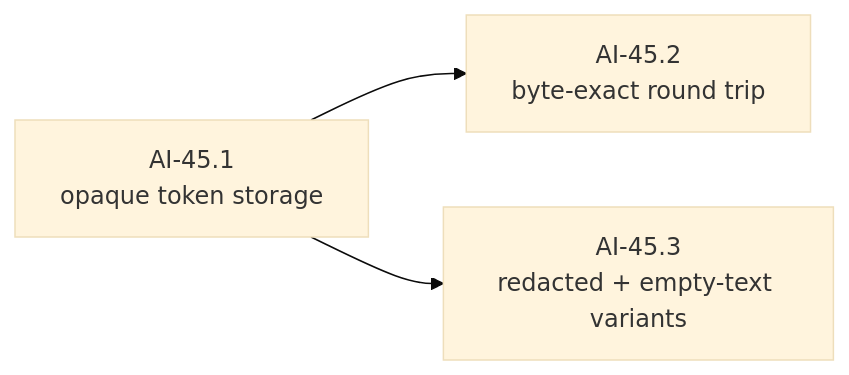
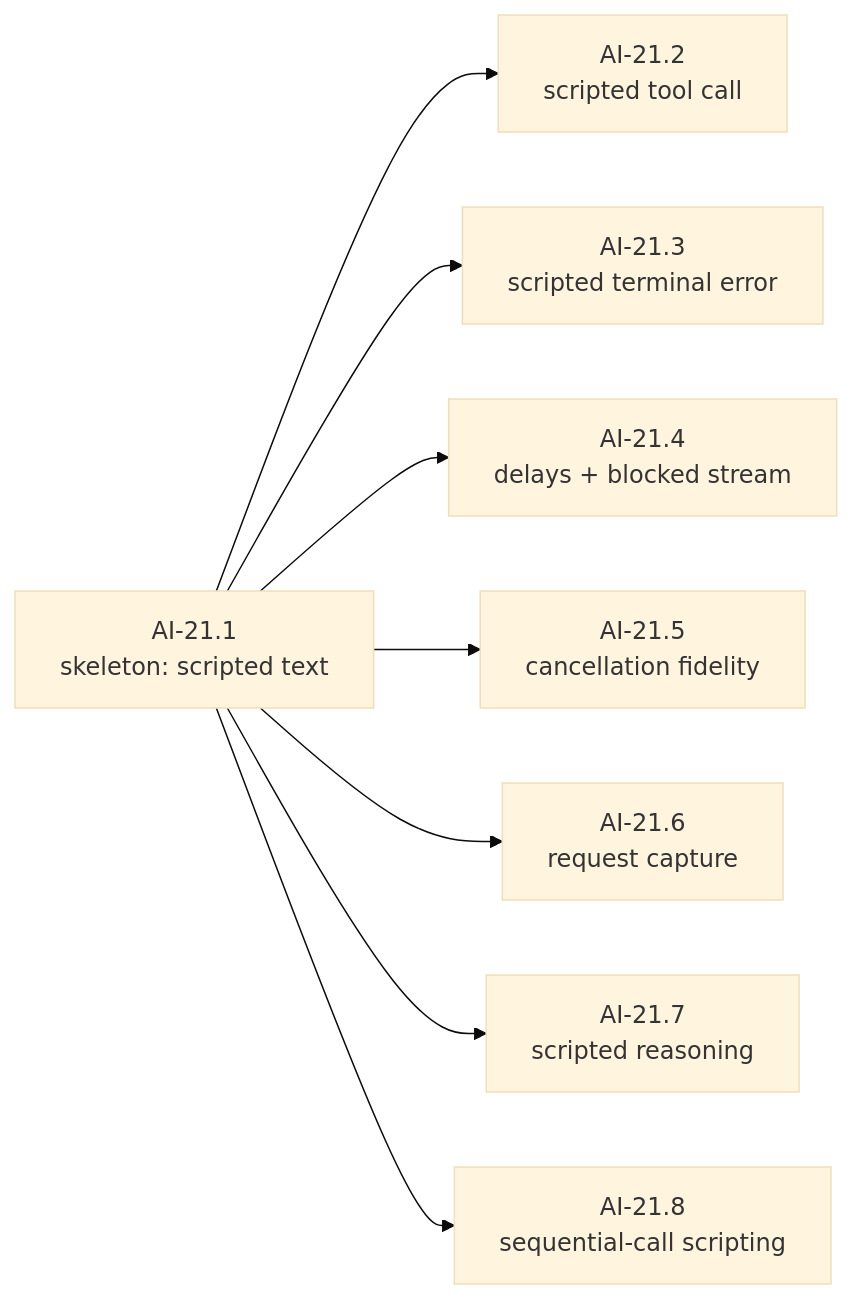
One commit to witsaba/cachicamas changed diagram 14 of 29 in docs/architecture/milestones/0002-cachicamas-ai-layer-1-task-graph.md. Above: the diagram before and after it, drawn with Mermaid (base theme). The commit also changed other lines of this file, not shown here.

First line of the commit message:
docs: rewrite Layer 1 task graph as a from-zero plan (AI-00 … AI-40)

````diff
--- a/docs/architecture/milestones/0002-cachicamas-ai-layer-1-task-graph.md
+++ b/docs/architecture/milestones/0002-cachicamas-ai-layer-1-task-graph.md
@@ -921,5 +1172,10 @@
 ```mermaid
 flowchart LR
-    L1["AI-45.1<br/>opaque token storage"] --> L2["AI-45.2<br/>byte-exact round trip"]
-    L1 --> L3["AI-45.3<br/>redacted + empty-text variants"]
+    Q1["AI-21.1<br/>skeleton: scripted text"] --> Q2["AI-21.2<br/>scripted tool call"]
+    Q1 --> Q3["AI-21.3<br/>scripted terminal error"]
+    Q1 --> Q4["AI-21.4<br/>delays + blocked stream"]
+    Q1 --> Q5["AI-21.5<br/>cancellation fidelity"]
+    Q1 --> Q6["AI-21.6<br/>request capture"]
+    Q1 --> Q7["AI-21.7<br/>scripted reasoning"]
+    Q1 --> Q8["AI-21.8<br/>sequential-call scripting"]
 ```
````
